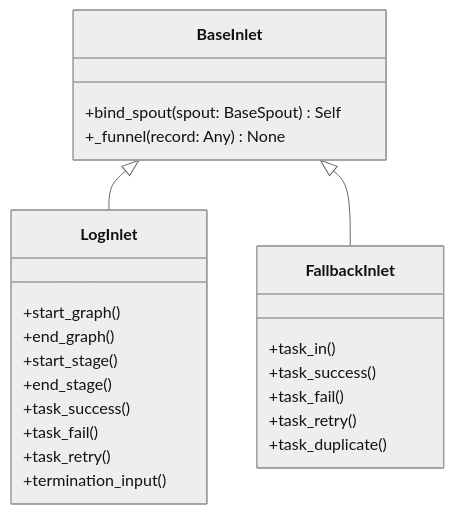
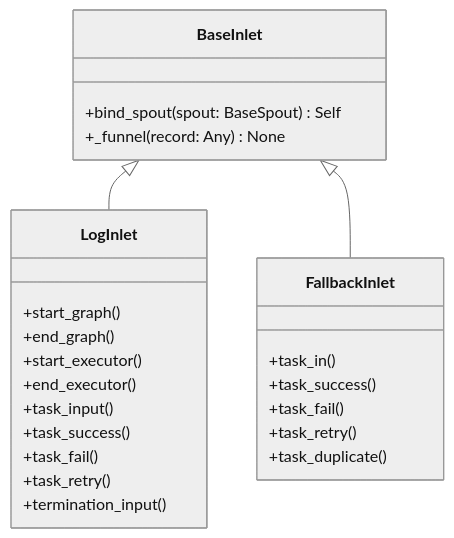
One commit to Mr-xiaotian/CelestialFlow changed the diagram in docs/zh-CN/src/funnel/core_inlet.md. Above: the diagram before and after it, drawn with Mermaid (neutral theme). The commit also changed other lines of this file and 56 other files, not shown here.

````diff
--- a/docs/zh-CN/src/funnel/core_inlet.md
+++ b/docs/zh-CN/src/funnel/core_inlet.md
@@ -67,26 +67,27 @@
 ```mermaid
 classDiagram
     class BaseInlet {
         +bind_spout(spout: BaseSpout) Self
         +_funnel(record: Any) None
     }
     class LogInlet {
         +start_graph()
         +end_graph()
-        +start_stage()
-        +end_stage()
+        +start_executor()
+        +end_executor()
+        +task_input()
         +task_success()
         +task_fail()
         +task_retry()
         +termination_input()
     }
     class FallbackInlet {
         +task_in()
         +task_success()
         +task_fail()
         +task_retry()
         +task_duplicate()
     }
     BaseInlet <|-- LogInlet
     BaseInlet <|-- FallbackInlet
 ```
````
